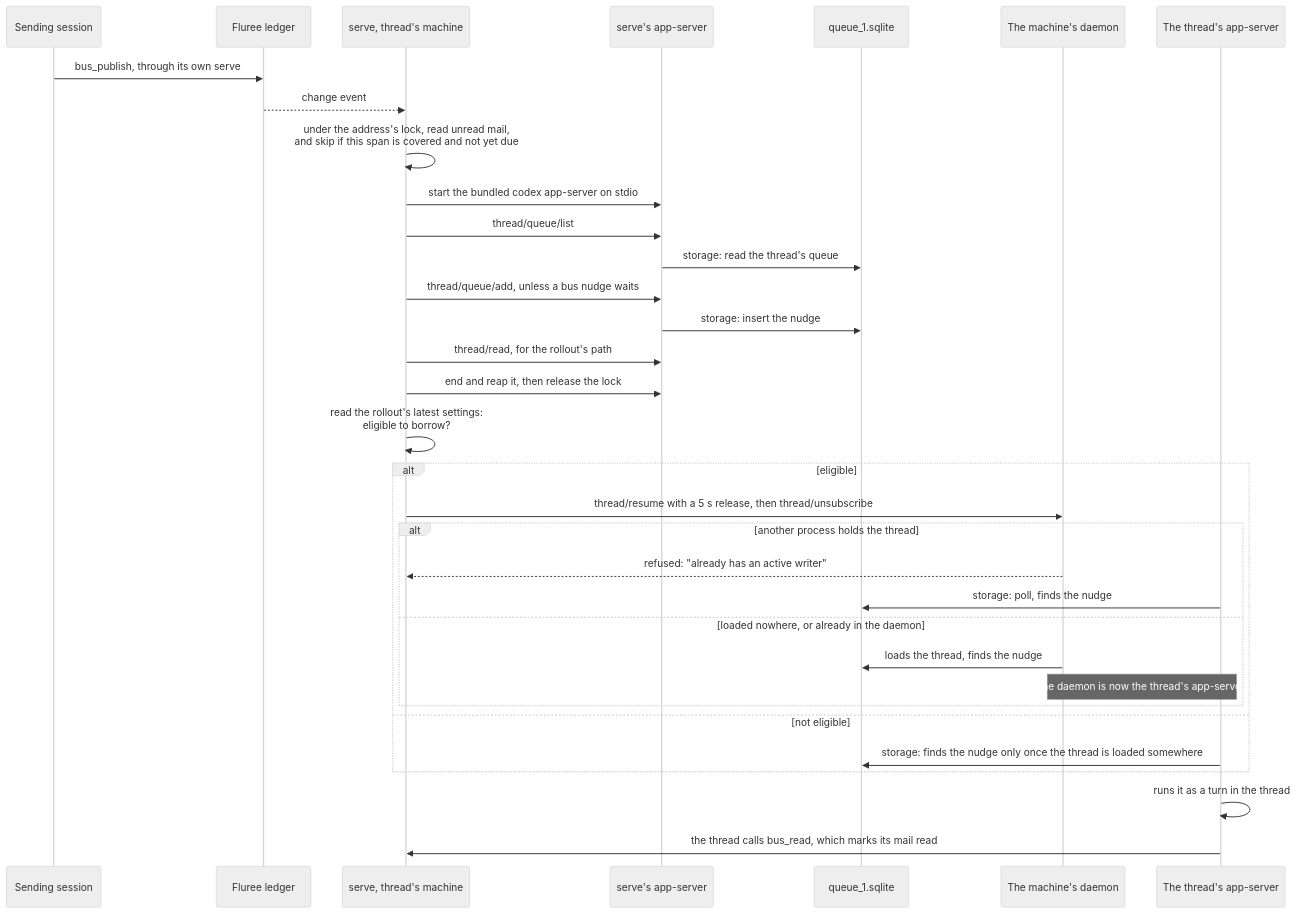
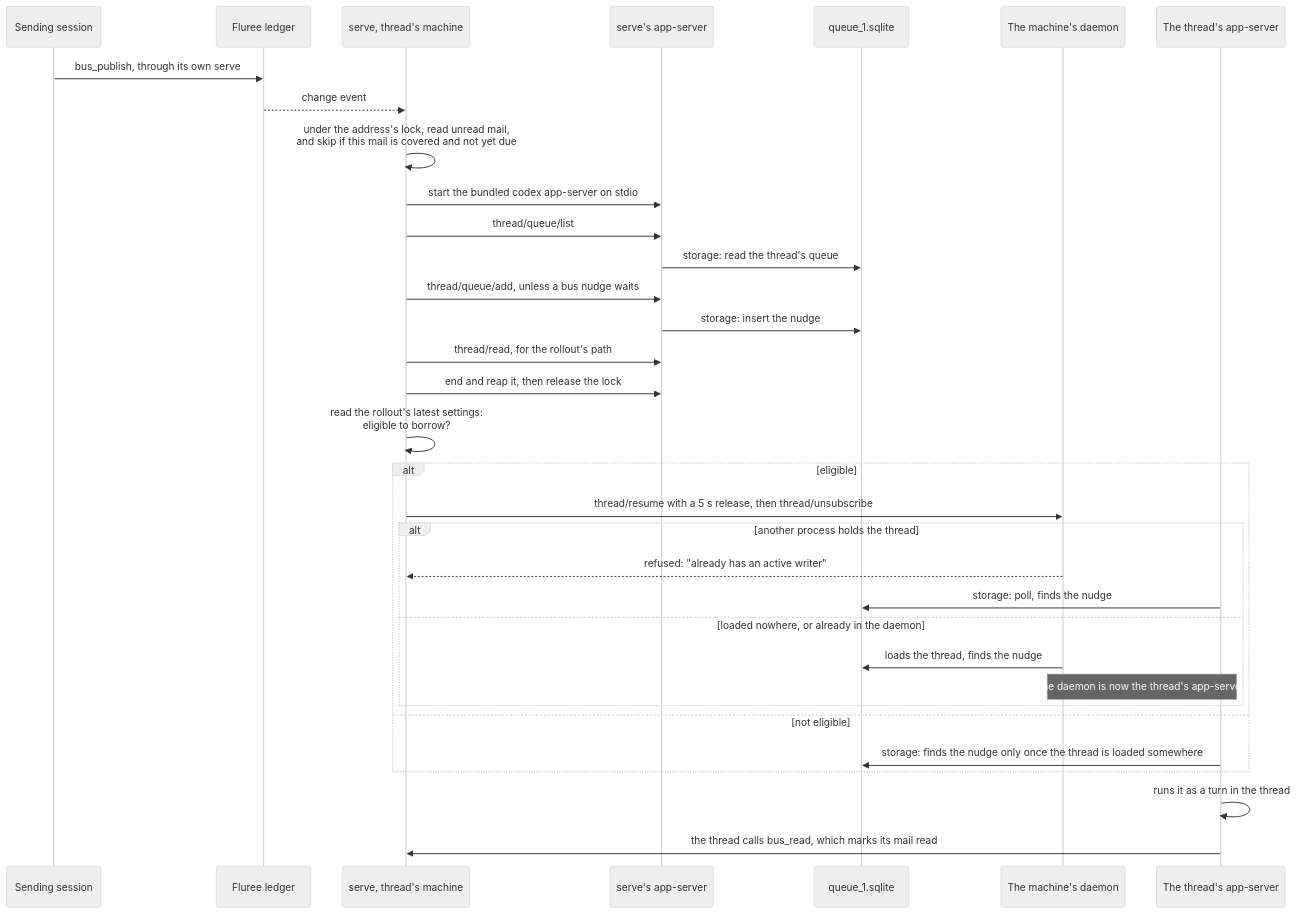
One commit to rawr-ai/agent-bus changed the third of 4 diagrams in docs/architecture/delivery.md. Above: the diagram before and after it, drawn with Mermaid (neutral theme). The commit also changed other lines of this file and 16 other files, not shown here.

First line of the commit message:
Wake on mail not yet rung for, give unknown activity its reason, and make bus_activity strict

````diff
--- a/docs/architecture/delivery.md
+++ b/docs/architecture/delivery.md
@@ -113,35 +113,35 @@
 ```mermaid
 sequenceDiagram
   participant Sender as Sending session
   participant Ledger as Fluree ledger
   participant Serve as serve, thread's machine
   participant Own as serve's app-server
   participant Queue as queue_1.sqlite
   participant Daemon as The machine's daemon
   participant Writer as The thread's app-server
   Sender->>Ledger: bus_publish, through its own serve
   Ledger-->>Serve: change event
-  Serve->>Serve: under the address's lock, read unread mail,<br/>and skip if this span is covered and not yet due
+  Serve->>Serve: under the address's lock, read unread mail,<br/>and skip if this mail is covered and not yet due
   Serve->>Own: start the bundled codex app-server on stdio
   Serve->>Own: thread/queue/list
   Own->>Queue: storage: read the thread's queue
   Serve->>Own: thread/queue/add, unless a bus nudge waits
   Own->>Queue: storage: insert the nudge
   Serve->>Own: thread/read, for the rollout's path
   Serve->>Own: end and reap it, then release the lock
   Serve->>Serve: read the rollout's latest settings:<br/>eligible to borrow?
   alt eligible
     Serve->>Daemon: thread/resume with a 5 s release, then thread/unsubscribe
     alt another process holds the thread
       Daemon-->>Serve: refused: "already has an active writer"
       Writer->>Queue: storage: poll, finds the nudge
     else loaded nowhere, or already in the daemon
       Daemon->>Queue: loads the thread, finds the nudge
       Note over Daemon,Writer: the daemon is now the thread's app-server
     end
   else not eligible
     Writer->>Queue: storage: finds the nudge only once the thread is loaded somewhere
   end
   Writer->>Writer: runs it as a turn in the thread
   Writer->>Serve: the thread calls bus_read, which marks its mail read
 ```
````
